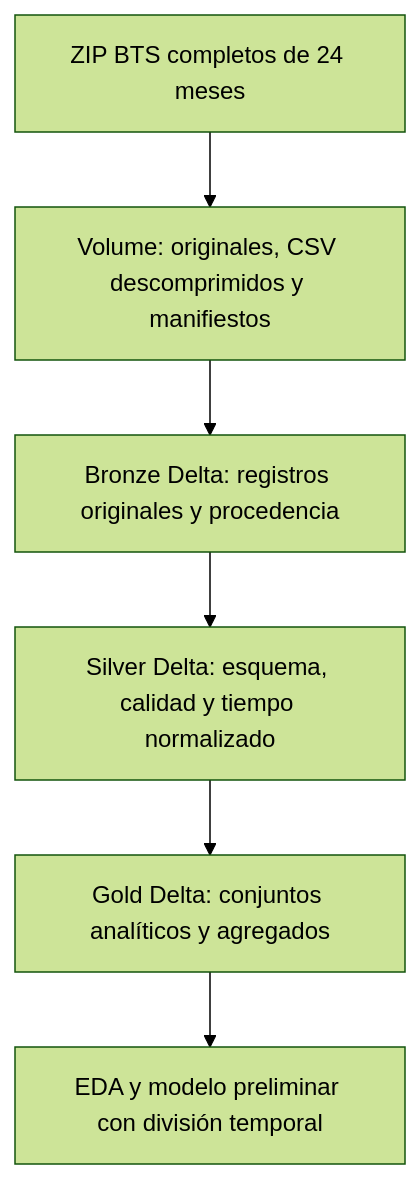
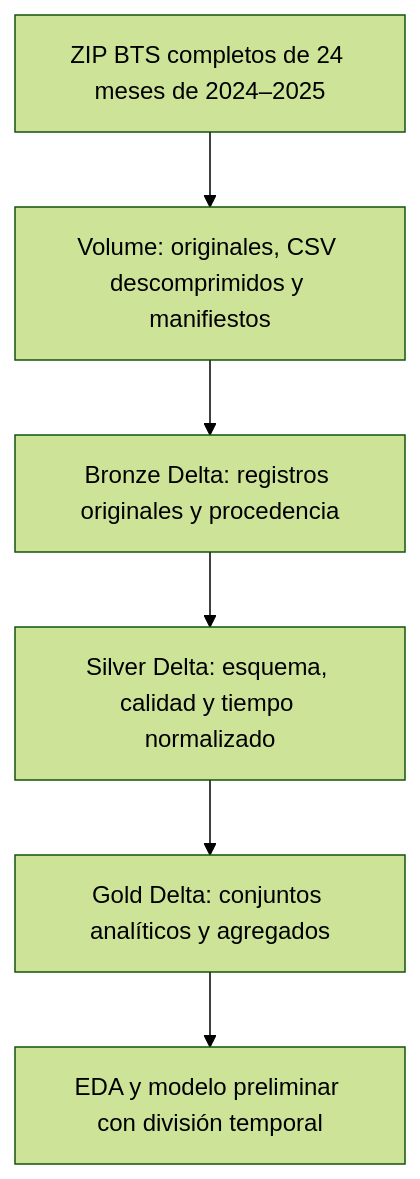
One commit to diegogargo/datosmasivos_vuelos changed the second of 2 diagrams in docs/architecture.md. Above: the diagram before and after it, drawn with Mermaid (forest theme). The commit also changed other lines of this file and 10 other files, not shown here.

````diff
--- a/docs/architecture.md
+++ b/docs/architecture.md
@@ -24,8 +24,8 @@
 ```mermaid
 flowchart TD
-    A[ZIP BTS completos de 24 meses] --> B[Volume: originales, CSV descomprimidos y manifiestos]
+    A[ZIP BTS completos de 24 meses de 2024–2025] --> B[Volume: originales, CSV descomprimidos y manifiestos]
     B --> C[Bronze Delta: registros originales y procedencia]
     C --> D[Silver Delta: esquema, calidad y tiempo normalizado]
     D --> E[Gold Delta: conjuntos analíticos y agregados]
     E --> F[EDA y modelo preliminar con división temporal]
 ```
````
